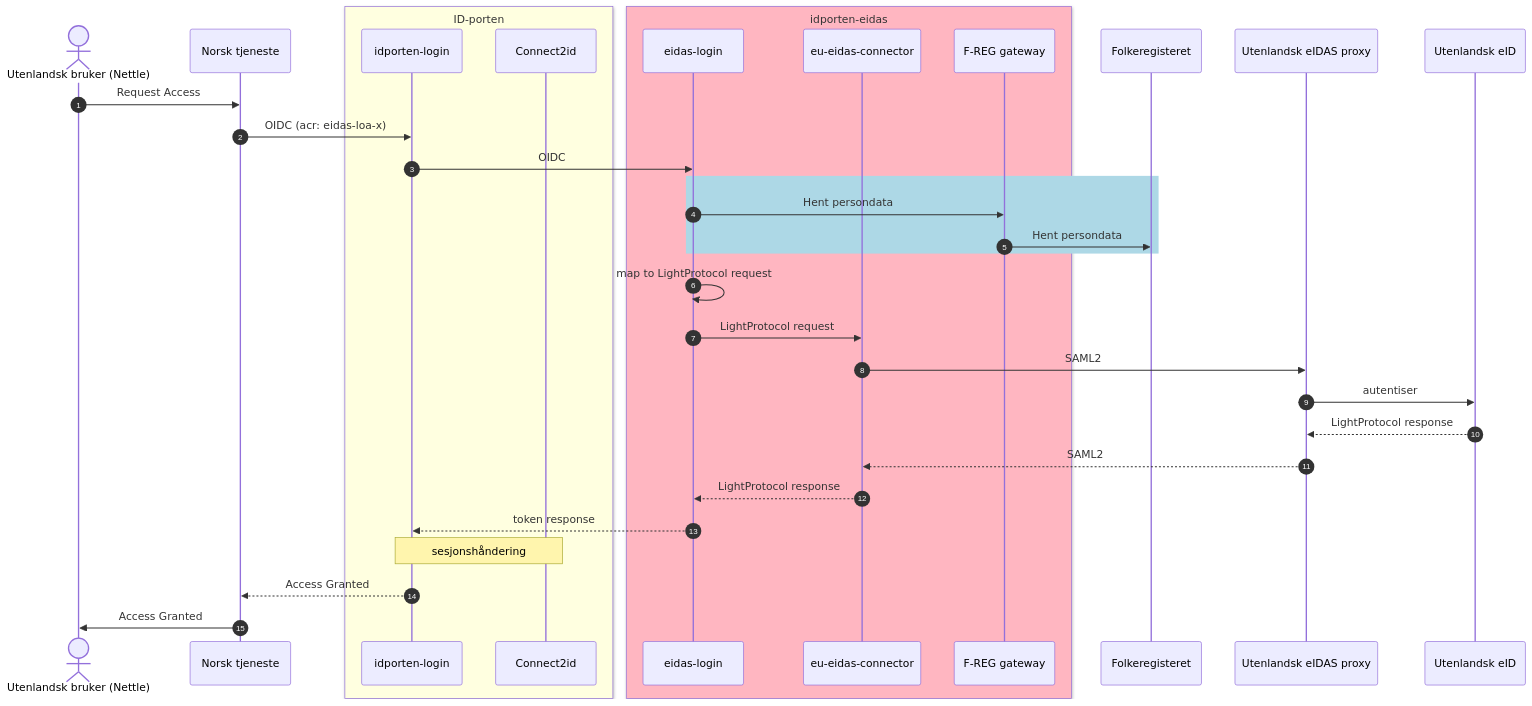
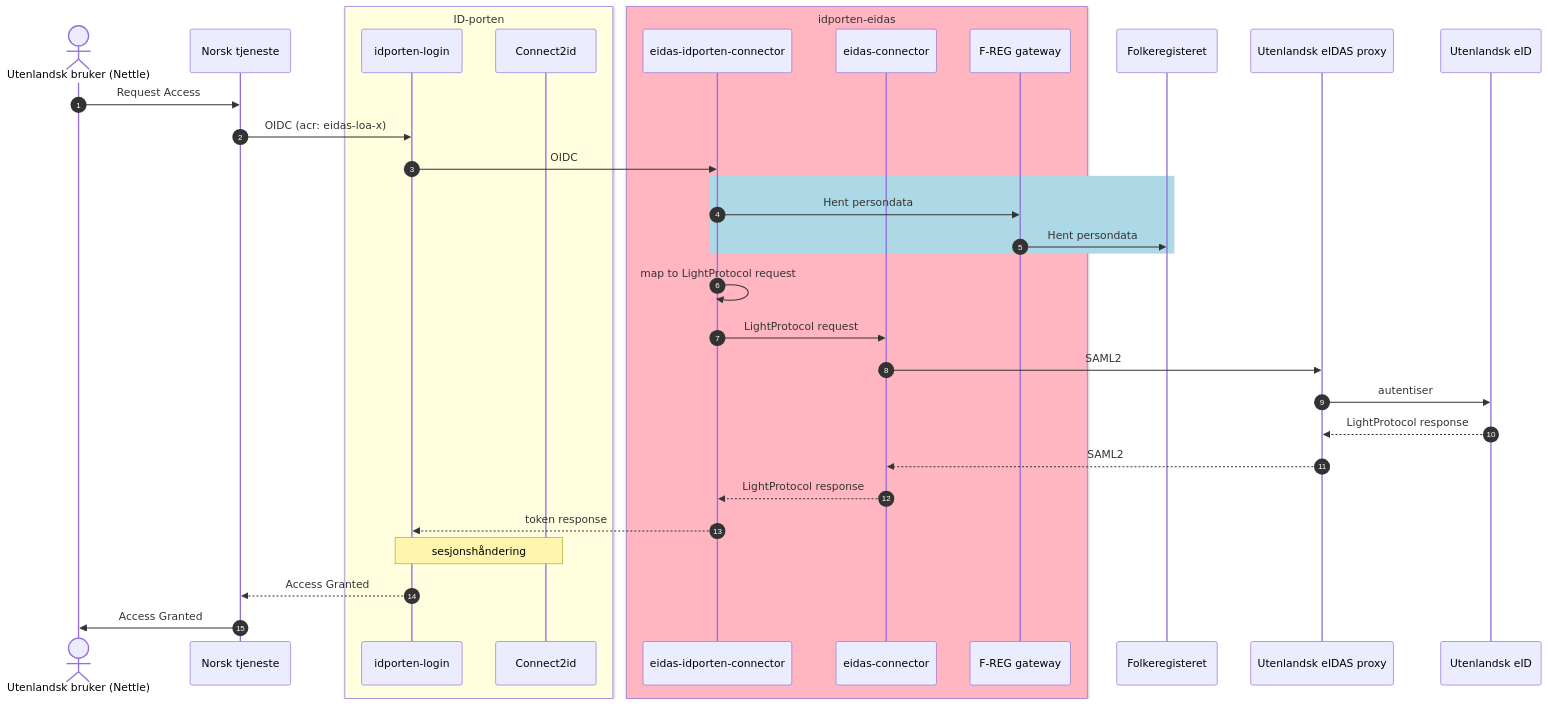
One commit to felleslosninger/eidas-demo-countries changed the second of 2 diagrams in README.md. Above: the diagram before and after it, drawn with Mermaid. The commit also changed other lines of this file and 9 other files, not shown here.

````diff
--- a/README.md
+++ b/README.md
@@ -77,38 +77,38 @@
 ```mermaid  
 sequenceDiagram
 autonumber
     actor User as Utenlandsk bruker (Nettle)
     participant SP as Norsk tjeneste
     box lightyellow ID-porten
     participant IL as idporten-login
     participant C2ID as Connect2id
     end
     box lightpink idporten-eidas
-        participant EL as eidas-login
-        participant NEC as eu-eidas-connector
+        participant EL as eidas-idporten-connector
+        participant NEC as eidas-connector
 
         participant FRGW as F-REG gateway
     end
     participant FR as Folkeregisteret
     participant UPS as Utenlandsk eIDAS proxy
     participant IDP as Utenlandsk eID
 
     User->>SP: Request Access
     SP->>IL: OIDC (acr: eidas-loa-x)
     IL->>EL: OIDC
     rect lightblue
     EL->>FRGW: Hent persondata
     FRGW->>FR: Hent persondata
     end
     EL->>EL: map to LightProtocol request
     EL->>NEC: LightProtocol request
     NEC->>UPS: SAML2
     UPS->>IDP: autentiser
     IDP-->> UPS: LightProtocol response
     UPS-->>NEC: SAML2
     NEC-->>EL: LightProtocol response
     EL-->>IL: token response
     Note over IL,C2ID: sesjonshåndering
     IL-->>SP: Access Granted
     SP->>User: Access Granted
 ```    
````
